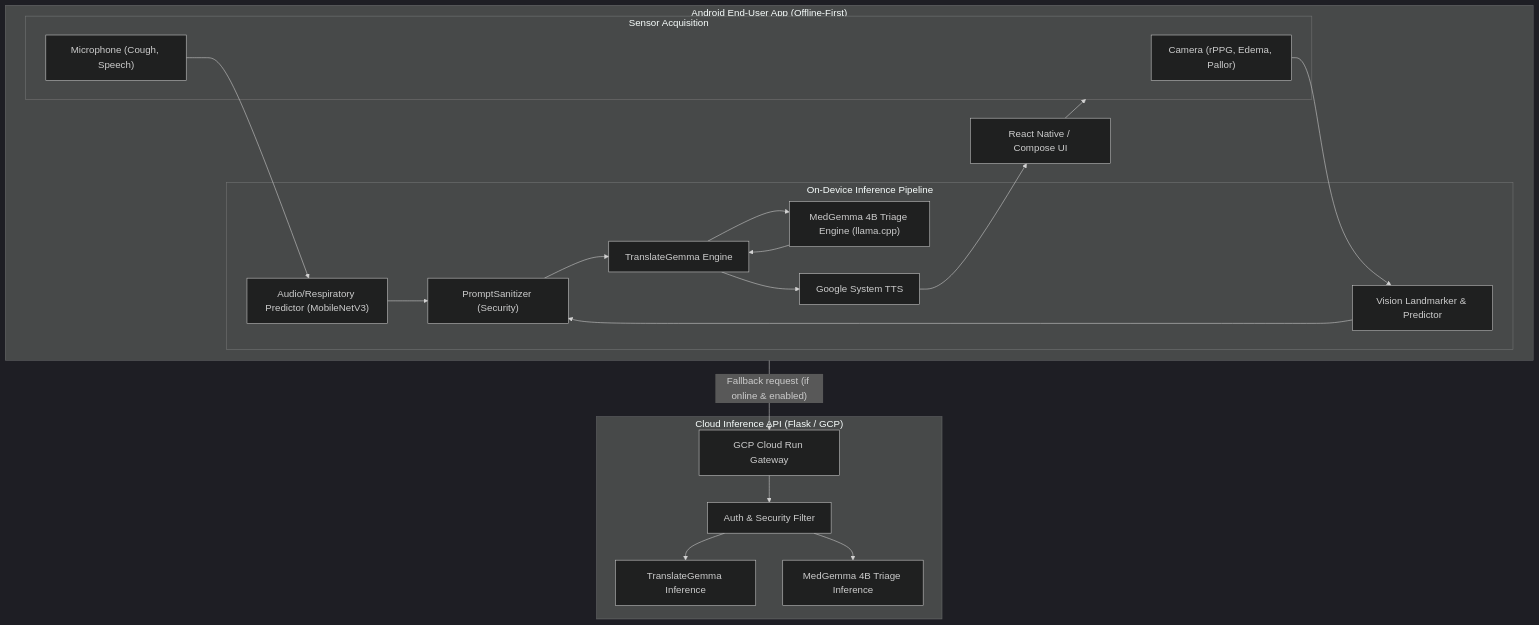
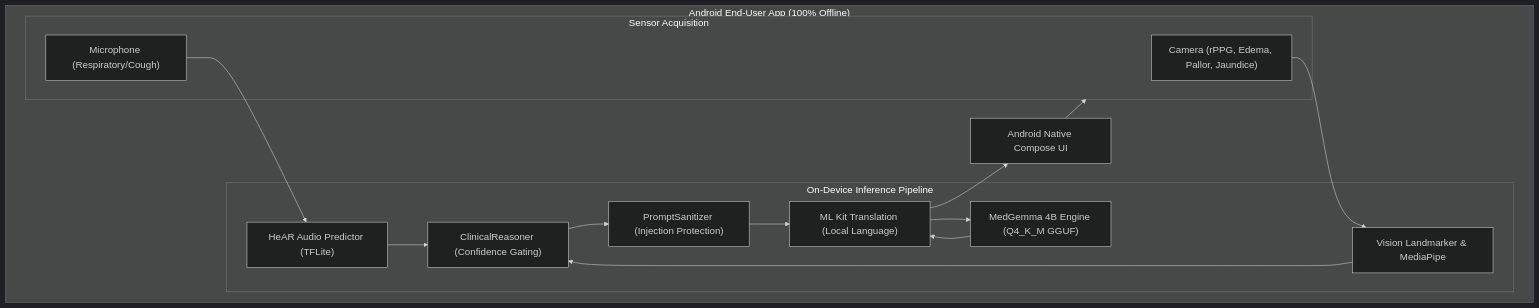
One commit to Elormyevu/nku-medgemma-conversion changed the diagram in architecture.mmd. Above: the diagram before and after it, drawn with Mermaid. The commit also changed 5 other files, not shown here.

Commit message:
docs: finalize offline architecture maps and event detector rationale

```diff
--- a/architecture.mmd
+++ b/architecture.mmd
@@ -1,48 +1,35 @@
 %%{init: {'theme':'dark', 'themeVariables':{'fontSize':'18px'}}}%%
 graph TD
     %% Mobile Layer
-    subgraph Android["Android End-User App (Offline-First)"]
-        UI["React Native / Compose UI"]
+    subgraph Android["Android End-User App (100% Offline)"]
+        UI["Android Native Compose UI"]
         
         %% Sensors
         subgraph Sensors["Sensor Acquisition"]
-            Cam["Camera (rPPG, Edema, Pallor)"]
-            Mic["Microphone (Cough, Speech)"]
+            Cam["Camera (rPPG, Edema, Pallor, Jaundice)"]
+            Mic["Microphone (Respiratory/Cough)"]
         end
 
         %% Mobile Inference
         subgraph MobileInfer["On-Device Inference Pipeline"]
-            AudioProc["Audio/Respiratory Predictor (MobileNetV3)"]
-            VisionProc["Vision Landmarker & Predictor"]
-            Sanitizer["PromptSanitizer (Security)"]
-            Triage["MedGemma 4B Triage Engine (llama.cpp)"]
-            Translator["TranslateGemma Engine"]
-            TTS["Google System TTS"]
+            AudioProc["HeAR Audio Predictor (TFLite)"]
+            VisionProc["Vision Landmarker & MediaPipe"]
+            Sanitizer["PromptSanitizer (Injection Protection)"]
+            Triage["MedGemma 4B Engine (Q4_K_M GGUF)"]
+            Translator["ML Kit Translation (Local Language)"]
+            Reasoner["ClinicalReasoner (Confidence Gating)"]
         end
 
         UI --> Sensors
         Cam --> VisionProc
         Mic --> AudioProc
         
-        VisionProc --> Sanitizer
-        AudioProc --> Sanitizer
+        VisionProc --> Reasoner
+        AudioProc --> Reasoner
         
+        Reasoner --> Sanitizer
         Sanitizer --> Translator
         Translator --> Triage
         Triage --> Translator
-        Translator --> TTS
-        TTS --> UI
+        Translator --> UI
     end
-
-    %% Cloud Layer (Optional API)
-    subgraph CloudAPI["Cloud Inference API (Flask / GCP)"]
-        APIGW["GCP Cloud Run Gateway"]
-        Auth["Auth & Security Filter"]
-        CloudTranslate["TranslateGemma Inference"]
-        CloudTriage["MedGemma 4B Triage Inference"]
-    end
-
-    Android -- "Fallback request (if online & enabled)" --> APIGW
-    APIGW --> Auth
-    Auth --> CloudTranslate
-    Auth --> CloudTriage
```
